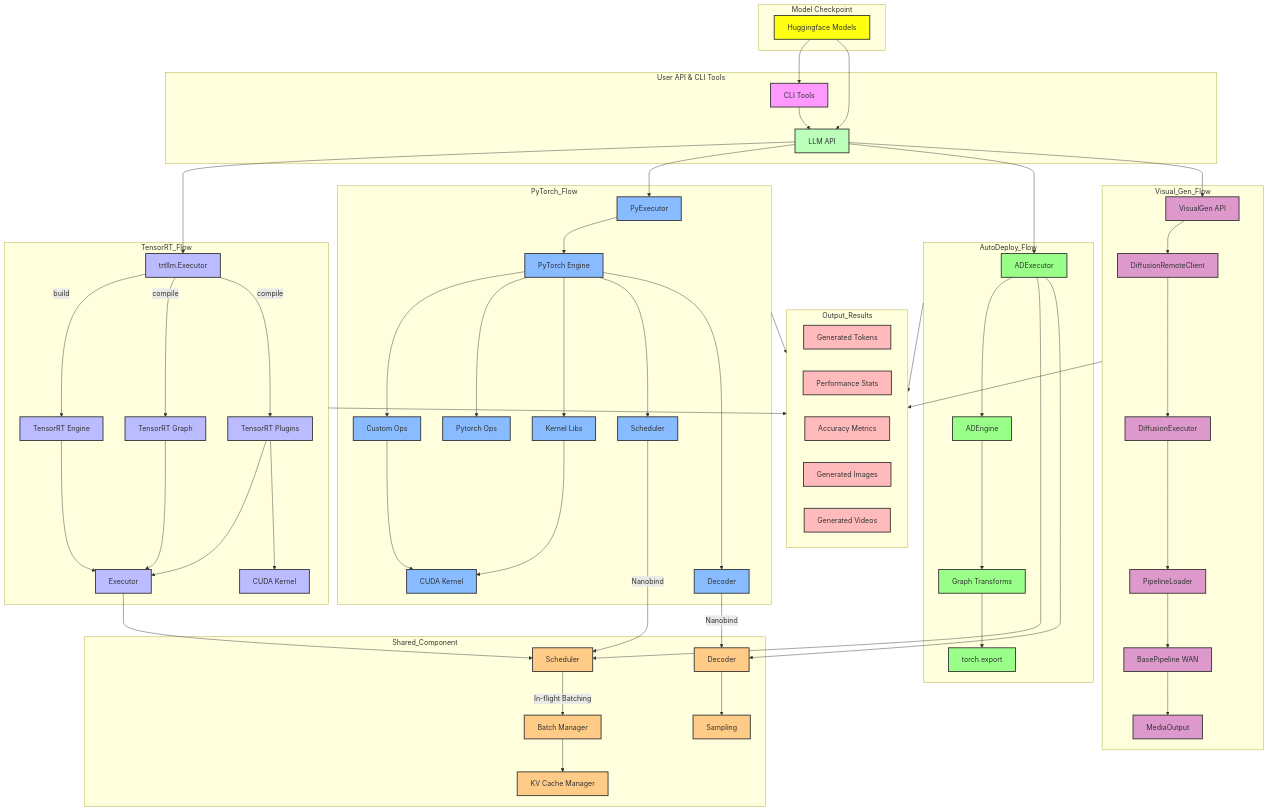
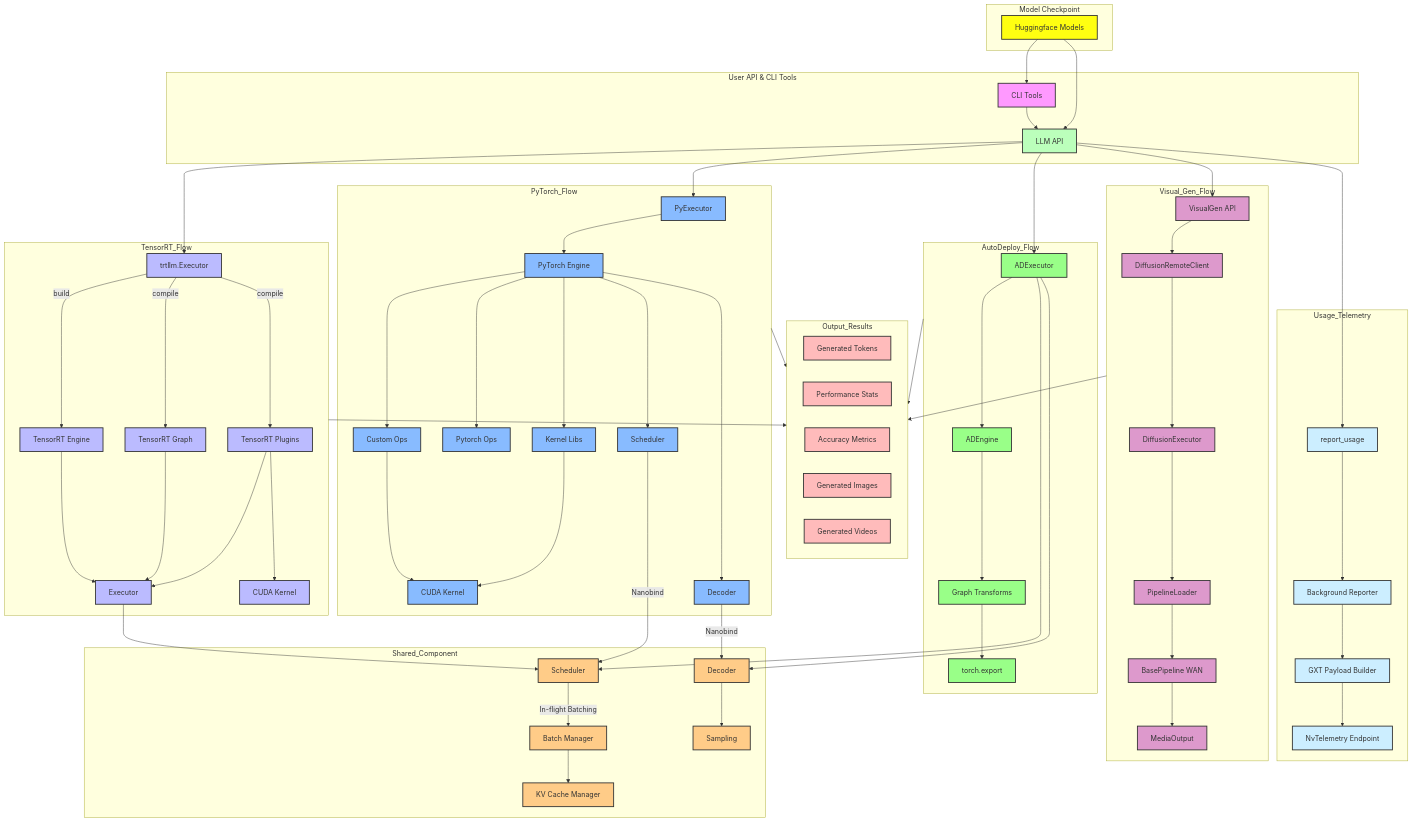
The diagram in .github/tava_architecture_diagram.md (georgeliu95/TensorRT-LLM), drawn with Mermaid before and after one commit. The commit also changed 37 other files, not shown here.

Commit message:
[None][feat] Add NvTelemetry/GXT-compliant usage telemetry (#12384)

```diff
--- a/.github/tava_architecture_diagram.md
+++ b/.github/tava_architecture_diagram.md
@@ -91,6 +91,16 @@
         BatchManager --> KVCache
     end
 
+    subgraph "Usage_Telemetry"
+        ReportUsage[report_usage]
+        BgReporter[Background Reporter]
+        GxtPayload[GXT Payload Builder]
+        GxtEndpoint[NvTelemetry Endpoint]
+        ReportUsage --> BgReporter
+        BgReporter --> GxtPayload
+        GxtPayload --> GxtEndpoint
+    end
+
     subgraph "Output_Results"
         Tokens[Generated Tokens]
         Stats[Performance Stats]
@@ -99,12 +109,16 @@
         GenVideos[Generated Videos]
     end
 
+    LLMAPI --> ReportUsage
+
     PyTorch_Flow ~~~ TensorRT_Flow
 
     TensorRT_Flow --> Output_Results
     PyTorch_Flow --> Output_Results
     AutoDeploy_Flow --> Output_Results
     Visual_Gen_Flow --> Output_Results
+
+    AutoDeploy_Flow ~~~ Usage_Telemetry
 
     %% Force Output_Results to be between PyTorch_flow and TensorRT_flow
     PyTorch_Flow ~~~ Output_Results
@@ -141,6 +155,10 @@
     classDef api fill:#bfb,stroke:#333,stroke-width:2px;
     class PythonAPI,CppAPI,LLMAPI api;
 
+    %% Telemetry format
+    classDef telemetry fill:#cef,stroke:#333,stroke-width:2px;
+    class ReportUsage,BgReporter,GxtPayload,GxtEndpoint telemetry;
+
     %% Results format
     classDef result fill:#fbb,stroke:#333,stroke-width:2px;
     class Tokens,Stats,Metrics,GenImages,GenVideos result;
```
